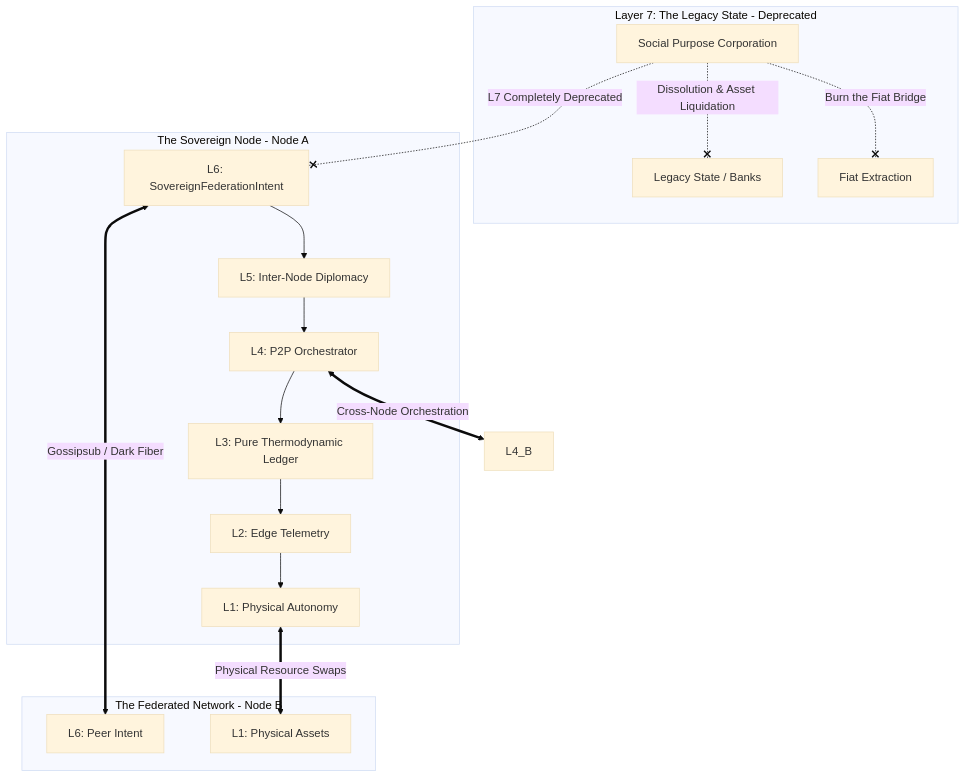
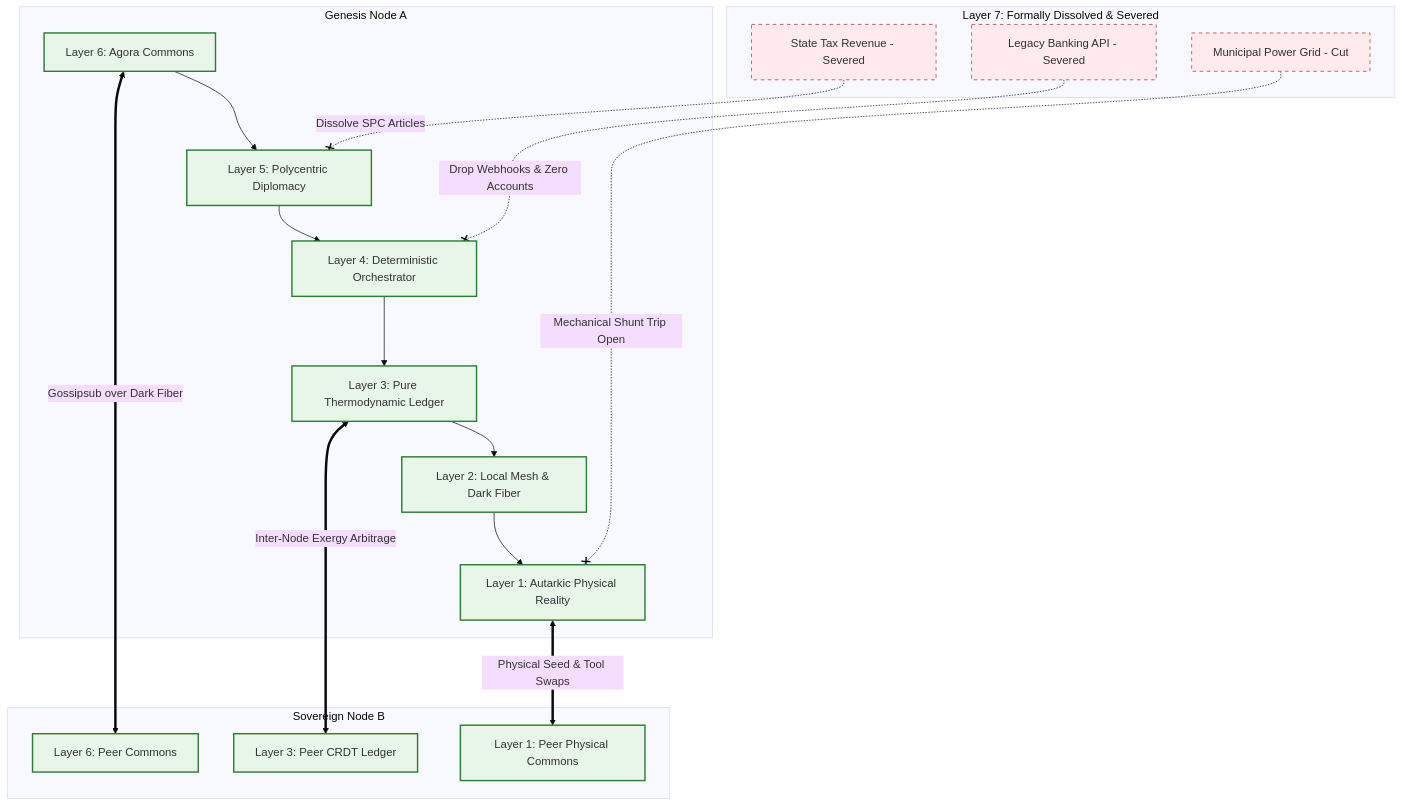
The fourth of 4 diagrams in docs/scenarios/omega_decoupling.md (raffaine/collective), drawn with Mermaid (base theme) before and after one commit. The commit also changed other lines of this file and 62 other files, not shown here.

First line of the commit message:
feat(sprint-1): Oasis V4 WebGPU Engine & Sovereign Stack V2 Architecture

````diff
--- a/docs/scenarios/omega_decoupling.md
+++ b/docs/scenarios/omega_decoupling.md
@@ -46,39 +153,45 @@
 ```mermaid
 graph TD
-    subgraph Layer 7: The Legacy State - Deprecated
-        State[Legacy State / Banks]
-        SPC[Social Purpose Corporation]
-        Taxes[Fiat Extraction]
+    subgraph Legacy State [Layer 7: Formally Dissolved & Severed]
+        Bank[Legacy Banking API - Severed]
+        Tax[State Tax Revenue - Severed]
+        Grid[Municipal Power Grid - Cut]
     end
 
-    subgraph The Sovereign Node - Node A
-        L6_A[L6: SovereignFederationIntent]
-        L5_A[L5: Inter-Node Diplomacy]
-        L4_A[L4: P2P Orchestrator]
-        L3_A[L3: Pure Thermodynamic Ledger]
-        L2_A[L2: Edge Telemetry]
-        L1_A[L1: Physical Autonomy]
+    subgraph The Sovereign Collective [Genesis Node A]
+        L6_A[Layer 6: Agora Commons]
+        L5_A[Layer 5: Polycentric Diplomacy]
+        L4_A[Layer 4: Deterministic Orchestrator]
+        L3_A[Layer 3: Pure Thermodynamic Ledger]
+        L2_A[Layer 2: Local Mesh & Dark Fiber]
+        L1_A[Layer 1: Autarkic Physical Reality]
     end
 
-    subgraph The Federated Network - Node B
-        L6_B[L6: Peer Intent]
-        L1_B[L1: Physical Assets]
+    subgraph Federated Node Network [Sovereign Node B]
+        L6_B[Layer 6: Peer Commons]
+        L3_B[Layer 3: Peer CRDT Ledger]
+        L1_B[Layer 1: Peer Physical Commons]
     end
 
     %% The Severing
-    SPC -.-x|Dissolution & Asset Liquidation| State
-    SPC -.-x|Burn the Fiat Bridge| Taxes
-    SPC -.-x|L7 Completely Deprecated| L6_A
-    
-    %% The New Sovereign Flow
+    Bank -.-x|Drop Webhooks & Zero Accounts| L4_A
+    Tax -.-x|Dissolve SPC Articles| L5_A
+    Grid -.-x|Mechanical Shunt Trip Open| L1_A
+
+    %% Internal Stack Flow
     L6_A --> L5_A
     L5_A --> L4_A
     L4_A --> L3_A
     L3_A --> L2_A
     L2_A --> L1_A
 
-    %% Node to Node Federation (Bypassing L7 entirely)
-    L6_A <==>|Gossipsub / Dark Fiber| L6_B
-    L4_A <==>|Cross-Node Orchestration| L4_B
-    L1_A <==>|Physical Resource Swaps| L1_B
+    %% Pure Peer-to-Peer Federation
+    L6_A <==>|Gossipsub over Dark Fiber| L6_B
+    L3_A <==>|Inter-Node Exergy Arbitrage| L3_B
+    L1_A <==>|Physical Seed & Tool Swaps| L1_B
+
+    classDef severed fill:#ffebee,stroke:#c62828,stroke-dasharray: 5 5;
+    classDef sovereign fill:#e8f5e9,stroke:#2e7d32,stroke-width:2px;
+    class Bank,Tax,Grid severed;
+    class L6_A,L5_A,L4_A,L3_A,L2_A,L1_A,L6_B,L3_B,L1_B sovereign;
 ```
````
